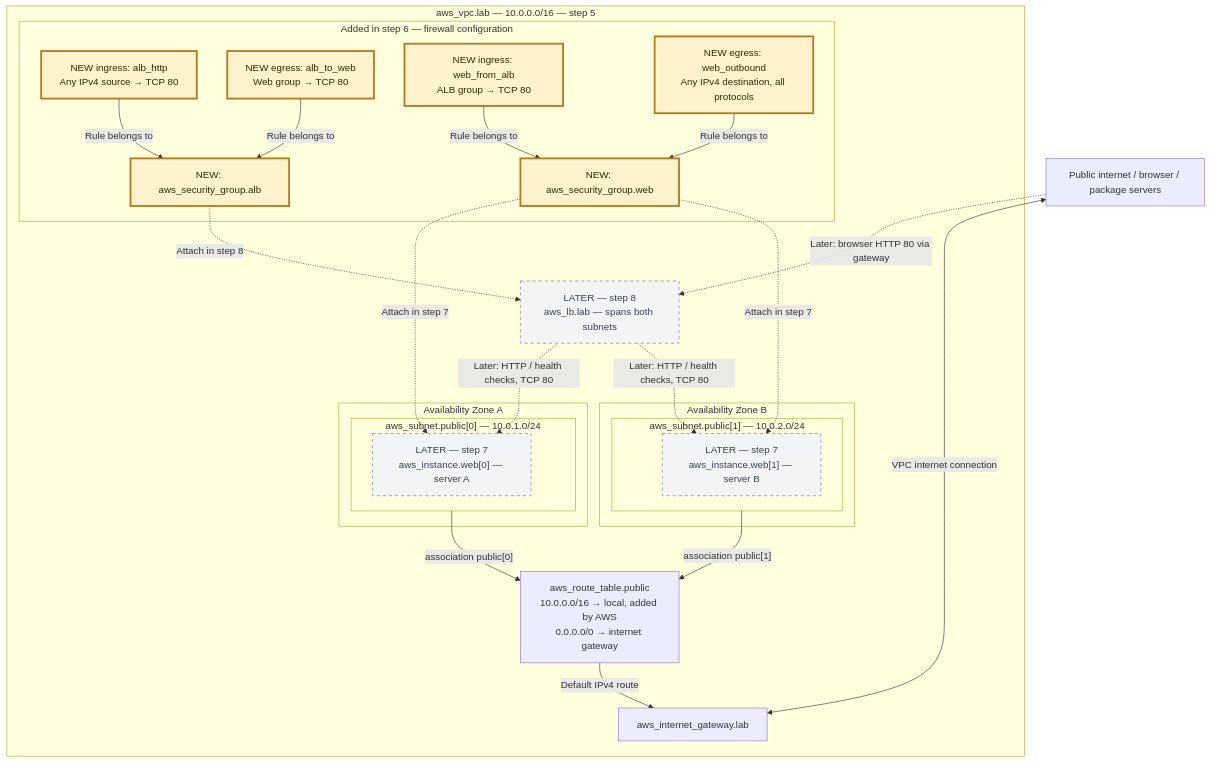
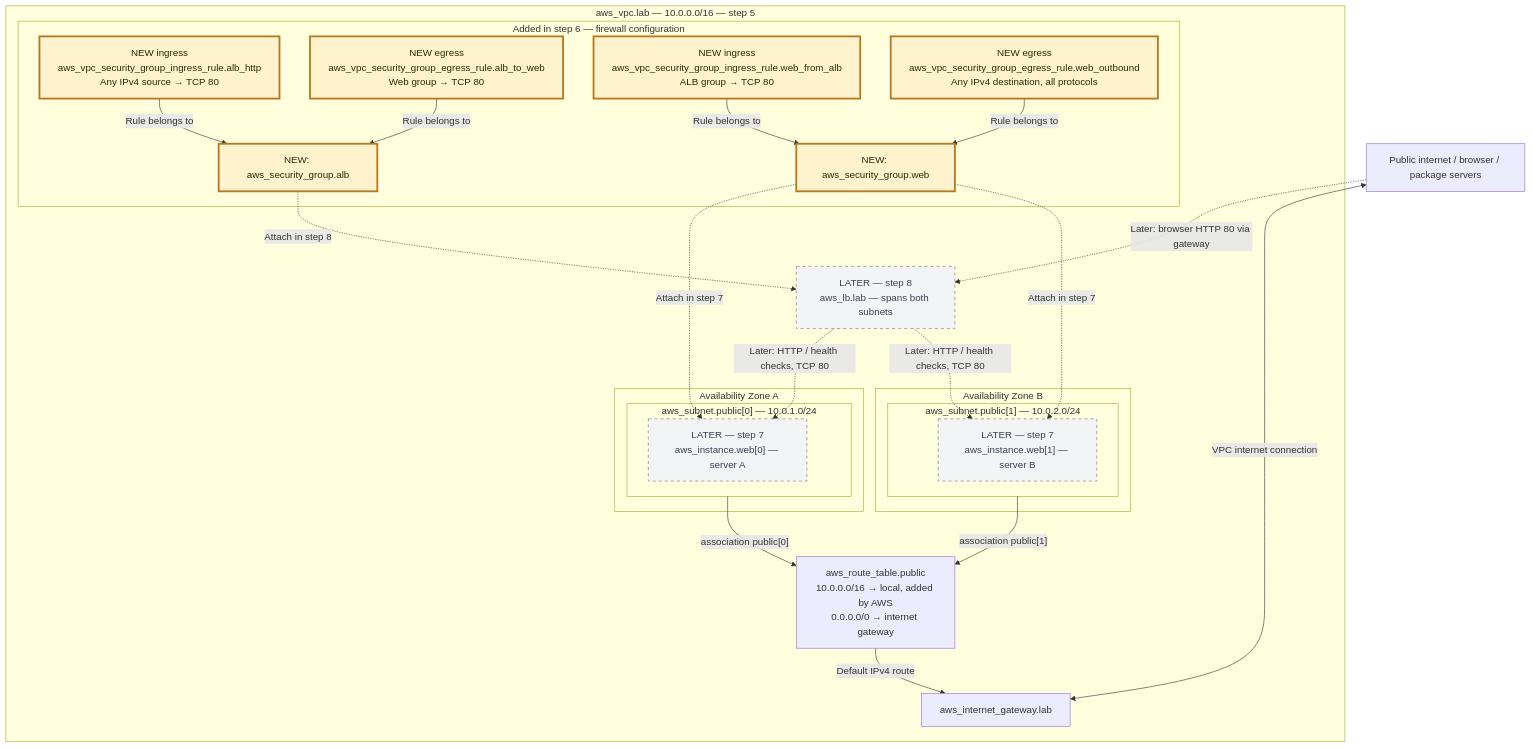
One commit to tfung/terraform-alb-lab changed the fifth of 5 diagrams in INSTRUCTIONS.md. Above: the diagram before and after it, drawn with Mermaid. The commit also changed other lines of this file, not shown here.

Commit message:
docs: label diagram rules with full Terraform resource names

````diff
--- a/INSTRUCTIONS.md
+++ b/INSTRUCTIONS.md
@@ -368,45 +368,45 @@
 ```mermaid
 flowchart TB
     INTERNET["Public internet / browser / package servers"]
     subgraph VPC["aws_vpc.lab — 10.0.0.0/16 — step 5"]
         IGW["aws_internet_gateway.lab"]
         RT["aws_route_table.public<br/>10.0.0.0/16 → local, added by AWS<br/>0.0.0.0/0 → internet gateway"]
         subgraph AZ0["Availability Zone A"]
             subgraph SUB0["aws_subnet.public[0] — 10.0.1.0/24"]
                 EC0["LATER — step 7<br/>aws_instance.web[0] — server A"]
             end
         end
         subgraph AZ1["Availability Zone B"]
             subgraph SUB1["aws_subnet.public[1] — 10.0.2.0/24"]
                 EC1["LATER — step 7<br/>aws_instance.web[1] — server B"]
             end
         end
         ALB["LATER — step 8<br/>aws_lb.lab — spans both subnets"]
         subgraph NEW["Added in step 6 — firewall configuration"]
             ALBSG["NEW: aws_security_group.alb"]
             WEBSG["NEW: aws_security_group.web"]
-            HTTP["NEW ingress: alb_http<br/>Any IPv4 source → TCP 80"]
-            ALBOUT["NEW egress: alb_to_web<br/>Web group → TCP 80"]
-            WEBIN["NEW ingress: web_from_alb<br/>ALB group → TCP 80"]
-            WEBOUT["NEW egress: web_outbound<br/>Any IPv4 destination, all protocols"]
+            HTTP["NEW ingress<br/>aws_vpc_security_group_ingress_rule.alb_http<br/>Any IPv4 source → TCP 80"]
+            ALBOUT["NEW egress<br/>aws_vpc_security_group_egress_rule.alb_to_web<br/>Web group → TCP 80"]
+            WEBIN["NEW ingress<br/>aws_vpc_security_group_ingress_rule.web_from_alb<br/>ALB group → TCP 80"]
+            WEBOUT["NEW egress<br/>aws_vpc_security_group_egress_rule.web_outbound<br/>Any IPv4 destination, all protocols"]
             HTTP -->|"Rule belongs to"| ALBSG
             ALBOUT -->|"Rule belongs to"| ALBSG
             WEBIN -->|"Rule belongs to"| WEBSG
             WEBOUT -->|"Rule belongs to"| WEBSG
         end
         SUB0 -->|"association public[0]"| RT
         SUB1 -->|"association public[1]"| RT
         RT -->|"Default IPv4 route"| IGW
         ALBSG -.->|"Attach in step 8"| ALB
         WEBSG -.->|"Attach in step 7"| EC0
         WEBSG -.->|"Attach in step 7"| EC1
         ALB -.->|"Later: HTTP / health checks, TCP 80"| EC0
         ALB -.->|"Later: HTTP / health checks, TCP 80"| EC1
     end
     IGW <-->|"VPC internet connection"| INTERNET
     INTERNET -.->|"Later: browser HTTP 80 via gateway"| ALB
     classDef added fill:#fff3cd,stroke:#b7791f,stroke-width:3px,color:#332600;
     classDef later fill:#f3f4f6,stroke:#6b7280,stroke-dasharray:5 5,color:#374151;
     class ALBSG,WEBSG,HTTP,ALBOUT,WEBIN,WEBOUT added;
     class ALB,EC0,EC1 later;
 ```
````
